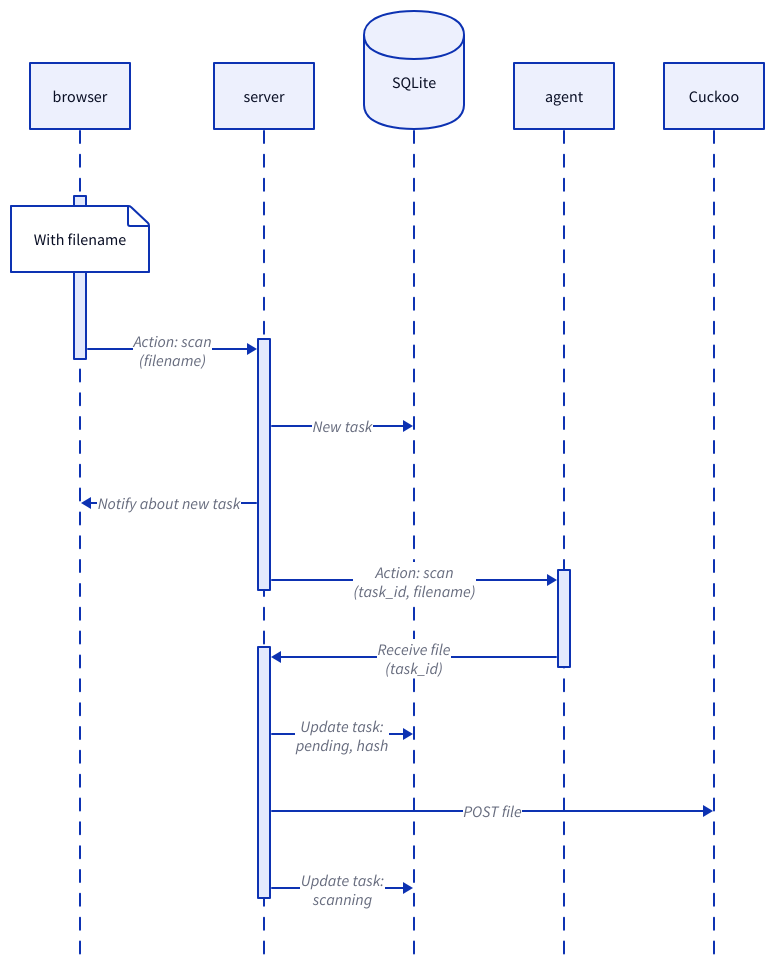
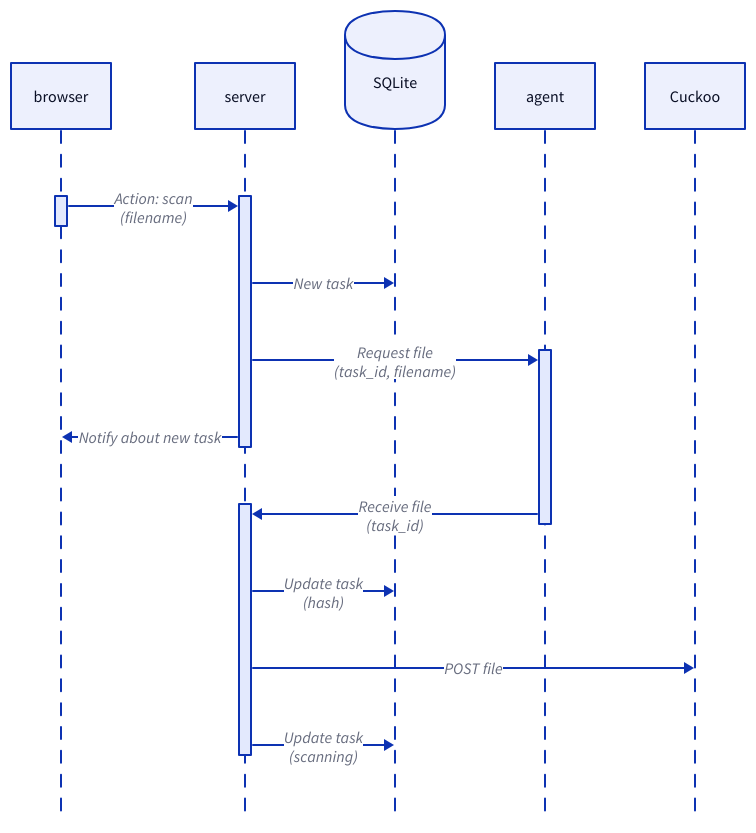
The diagram in sandbox/docs/new_task_seq.d2 (cyberok-org/soldr-modules), drawn with D2 before and after one commit. The commit also changed 1 other file, not shown here.

```diff
--- a/sandbox/docs/new_task_seq.d2
+++ b/sandbox/docs/new_task_seq.d2
@@ -1,15 +1,14 @@
 shape: sequence_diagram
 
 browser; server; SQLite; agent
 
-browser.a.With filename
 browser.a -> server.a: Action: scan\n(filename)
 server.a -> SQLite: New task
+server.a -> agent.a: Request file\n(task_id, filename)
 browser <- server.a: Notify about new task
-server.a -> agent.a: Action: scan\n(task_id, filename)
 server.b <- agent.a: Receive file\n(task_id)
-server.b -> SQLite: Update task:\npending, hash
+server.b -> SQLite: Update task\n(hash)
 server.b -> Cuckoo: POST file
-server.b -> SQLite: Update task:\nscanning
+server.b -> SQLite: Update task\n(scanning)
 
 SQLite {shape: cylinder}
```
